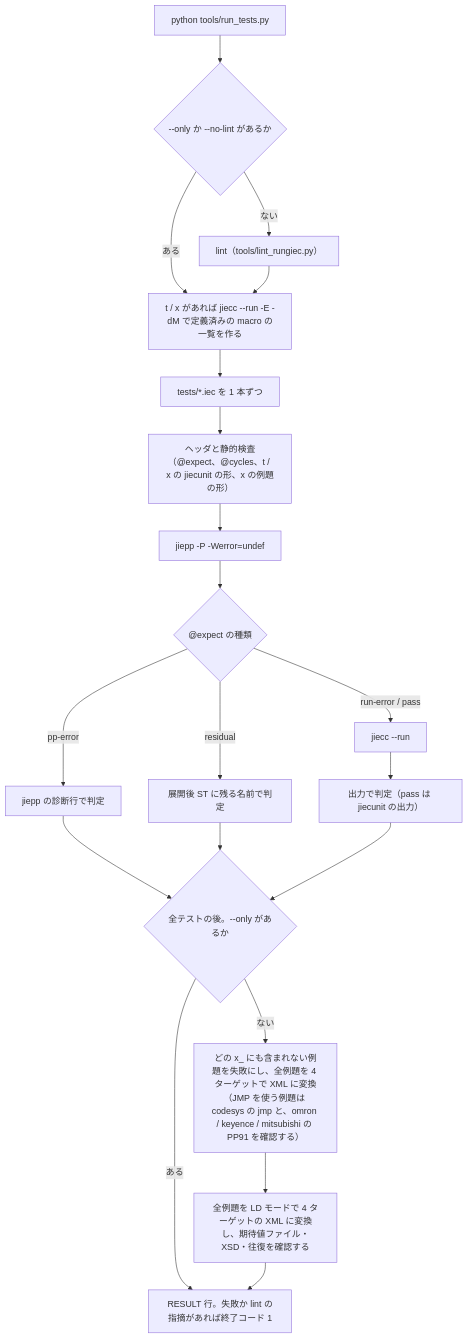
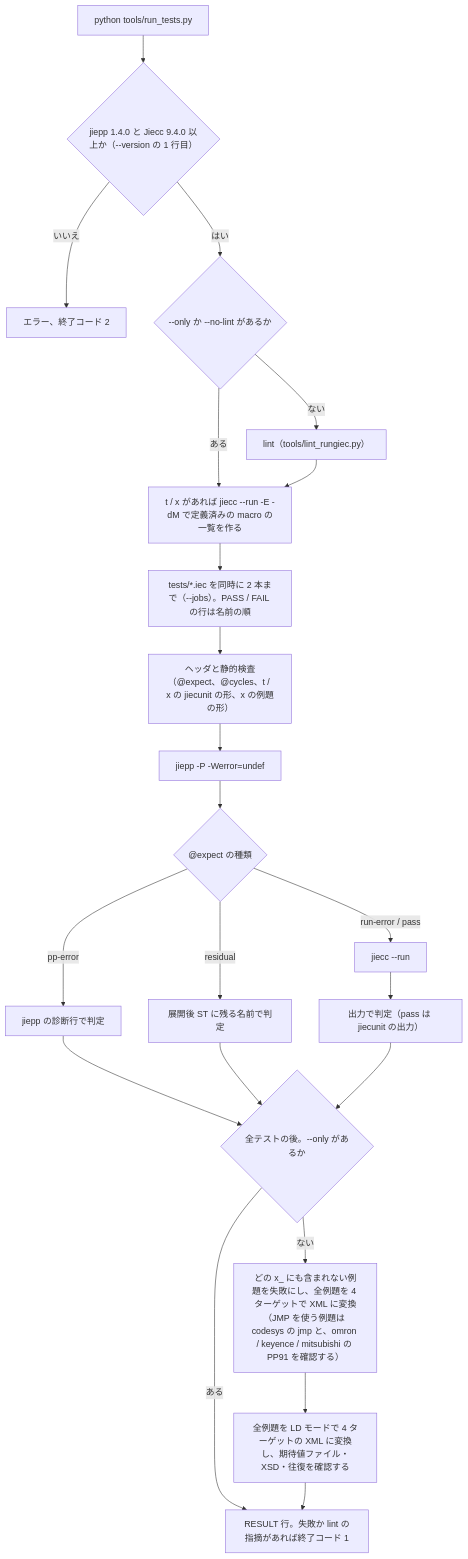
One commit to yunos0987/rungiec changed the second of 3 diagrams in docs/TESTING.md. Above: the diagram before and after it, drawn with Mermaid. The commit also changed other lines of this file and 5 other files, not shown here.

````diff
--- a/docs/TESTING.md
+++ b/docs/TESTING.md
@@ -67,22 +68,24 @@
 ```mermaid
 flowchart TD
-  START["python tools/run_tests.py"] --> L{"--only か --no-lint があるか"}
+  START["python tools/run_tests.py"] --> VER{"jiepp 1.4.0 と Jiecc 9.4.0 以上か（--version の 1 行目）"}
+  VER -->|"いいえ"| ENV["エラー、終了コード 2"]
+  VER -->|"はい"| L{"--only か --no-lint があるか"}
   L -->|"ない"| LINT["lint（tools/lint_rungiec.py）"]
   L -->|"ある"| PRE
   LINT --> PRE["t / x があれば jiecc --run -E -dM で定義済みの macro の一覧を作る"]
-  PRE --> EACH["tests/*.iec を 1 本ずつ"]
+  PRE --> EACH["tests/*.iec を同時に 2 本まで（--jobs）。PASS / FAIL の行は名前の順"]
   EACH --> CHK["ヘッダと静的検査（@expect、@cycles、t / x の jiecunit の形、x の例題の形）"]
   CHK --> PP["jiepp -P -Werror=undef"]
   PP --> K{"@expect の種類"}
   K -->|"pp-error"| JPP["jiepp の診断行で判定"]
   K -->|"residual"| JRS["展開後 ST に残る名前で判定"]
   K -->|"run-error / pass"| RUN["jiecc --run"]
   RUN --> JRUN["出力で判定（pass は jiecunit の出力）"]
   JPP --> NEXT{"全テストの後。--only があるか"}
   JRS --> NEXT
   JRUN --> NEXT
   NEXT -->|"ない"| EXM["どの x_ にも含まれない例題を失敗にし、全例題を 4 ターゲットで XML に変換（JMP を使う例題は codesys の jmp と、omron / keyence / mitsubishi の PP91 を確認する）"]
   NEXT -->|"ある"| RES
   EXM --> LDX["全例題を LD モードで 4 ターゲットの XML に変換し、期待値ファイル・XSD・往復を確認する"]
   LDX --> RES["RESULT 行。失敗か lint の指摘があれば終了コード 1"]
 ```
````
